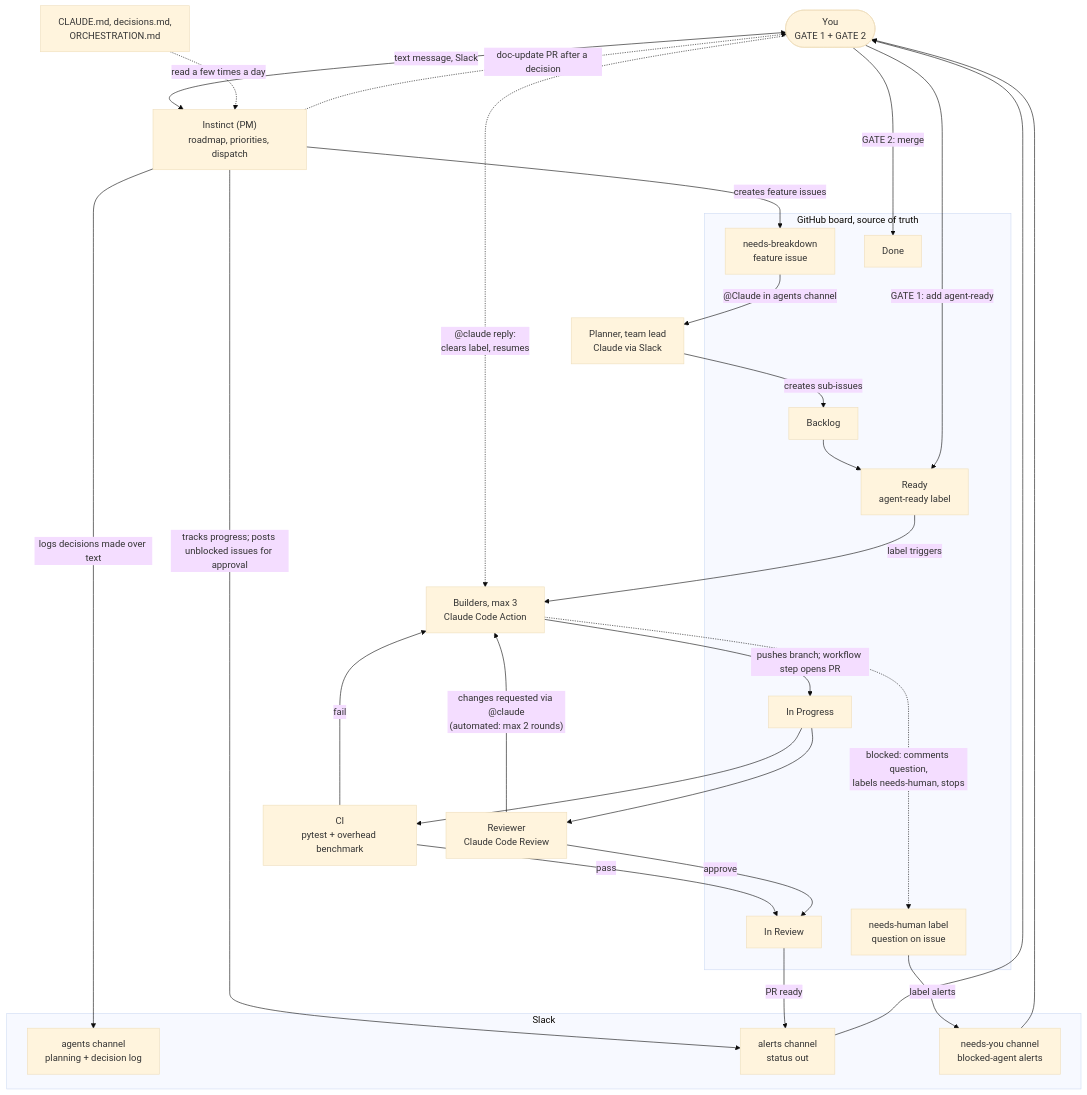
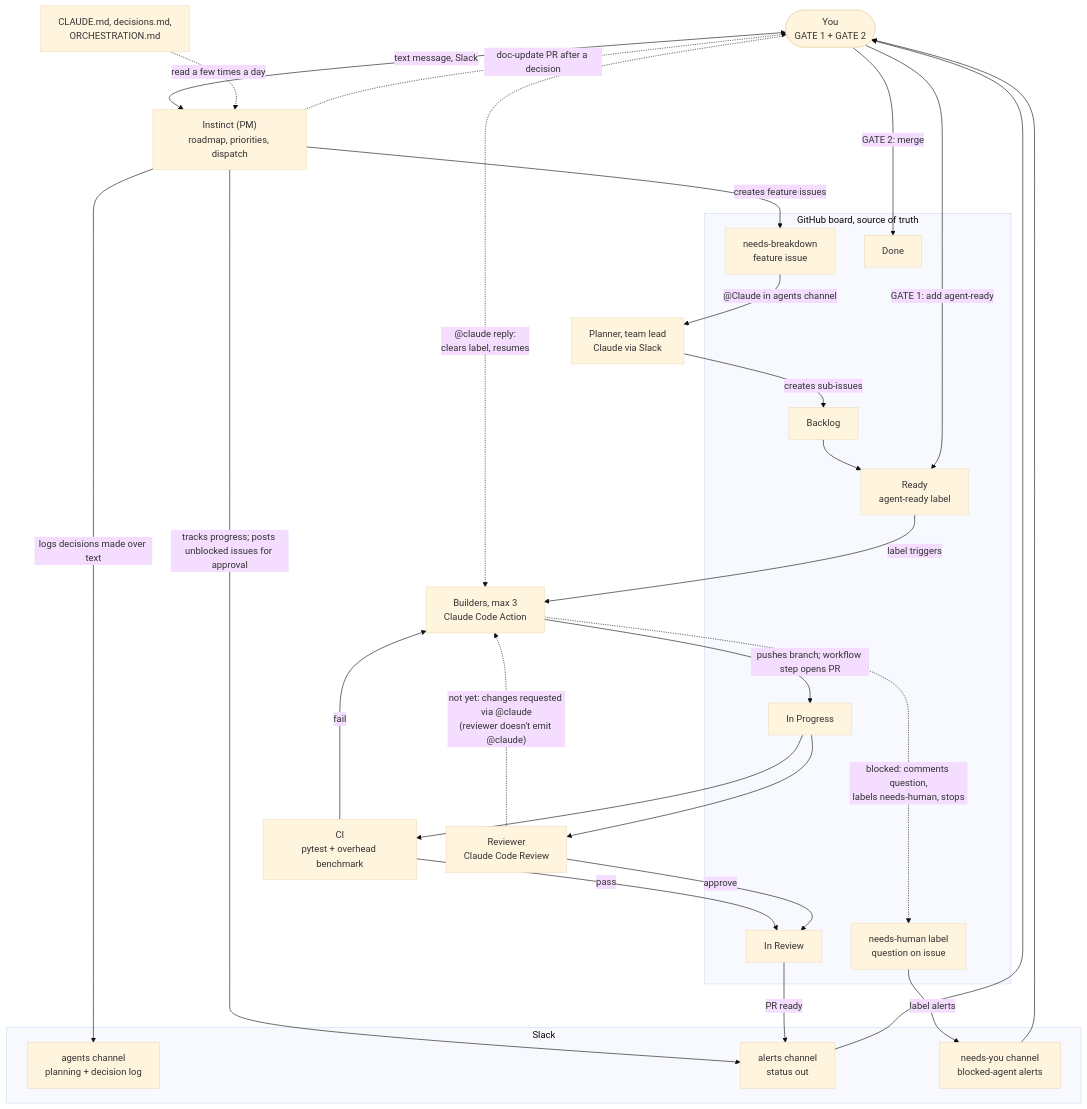
One commit to vitorizz/dod changed the first of 2 diagrams in docs/ORCHESTRATION.md. Above: the diagram before and after it, drawn with Mermaid (base theme). The commit also changed other lines of this file and 2 other files, not shown here.

First line of the commit message:
Drop the automated fix-round cap; record Instinct and no-cap decisions

````diff
--- a/docs/ORCHESTRATION.md
+++ b/docs/ORCHESTRATION.md
@@ -13,53 +13,53 @@
 ```mermaid
 flowchart TD
     YOU(["You<br/>GATE 1 + GATE 2"])
     IN["Instinct (PM)<br/>roadmap, priorities, dispatch"]
 
     subgraph SLACK["Slack"]
         AG["agents channel<br/>planning + decision log"]
         AL["alerts channel<br/>status out"]
         NY["needs-you channel<br/>blocked-agent alerts"]
     end
 
     PL["Planner, team lead<br/>Claude via Slack"]
     BU["Builders, max 3<br/>Claude Code Action"]
     CI["CI<br/>pytest + overhead benchmark"]
     GR["Reviewer<br/>Claude Code Review"]
     DOCS["CLAUDE.md, decisions.md,<br/>ORCHESTRATION.md"]
 
     subgraph GH["GitHub board, source of truth"]
         BL["Backlog"]
         NB["needs-breakdown<br/>feature issue"]
         RD["Ready<br/>agent-ready label"]
         IP["In Progress"]
         NH["needs-human label<br/>question on issue"]
         IR["In Review"]
         DN["Done"]
     end
 
     YOU <-->|"text message, Slack"| IN
     IN -->|"logs decisions made over text"| AG
     DOCS -.->|"read a few times a day"| IN
     IN -.->|"doc-update PR after a decision"| YOU
     IN -->|creates feature issues| NB
     NB -->|"@Claude in agents channel"| PL
     PL -->|creates sub-issues| BL
     IN -->|"tracks progress; posts unblocked issues for approval"| AL
     AL --> YOU
     BL --> RD
     YOU -->|"GATE 1: add agent-ready"| RD
     RD -->|label triggers| BU
     BU -->|"pushes branch; workflow step opens PR"| IP
     IP --> CI
     IP --> GR
     CI -->|fail| BU
-    GR -->|"changes requested via @claude<br/>(automated: max 2 rounds)"| BU
+    GR -.->|"not yet: changes requested via @claude<br/>(reviewer doesn't emit @claude)"| BU
     CI -->|pass| IR
     GR -->|approve| IR
     IR -->|PR ready| AL
     BU -.->|"blocked: comments question,<br/>labels needs-human, stops"| NH
     NH -->|label alerts| NY
     NY --> YOU
     YOU -.->|"@claude reply:<br/>clears label, resumes"| BU
     YOU -->|"GATE 2: merge"| DN
 ```
````
